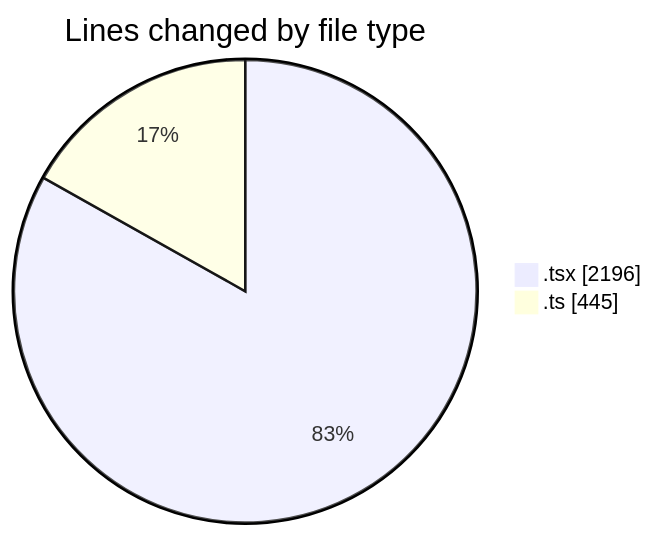
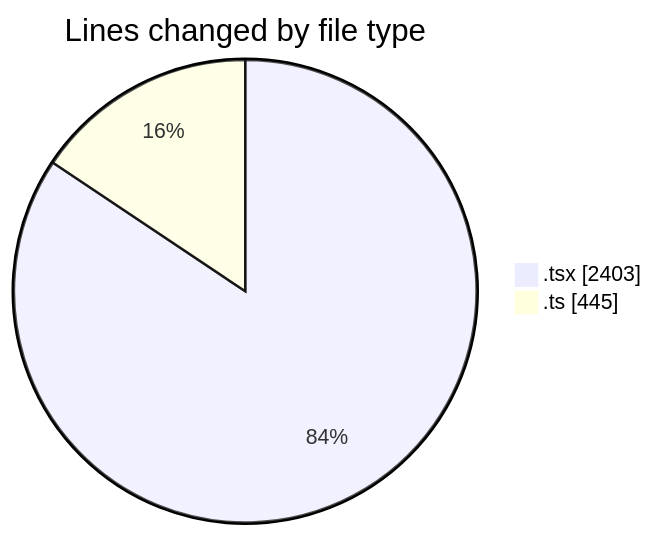
Before and after one commit to momahboobian/code-tracking: the first of 2 diagrams in 2025-09-24/cda/README.md, drawn with Mermaid. The commit also changed other lines of this file and 1 other file, not shown here.

````diff
--- a/2025-09-24/cda/README.md
+++ b/2025-09-24/cda/README.md
@@ -30,6 +31,6 @@
 ```mermaid
 pie showData
 title Lines changed by file type
-".tsx" : 2196
+".tsx" : 2403
 ".ts" : 445
 ```
````
